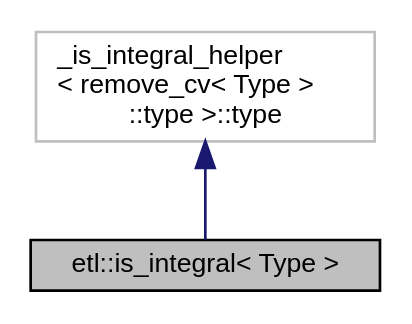
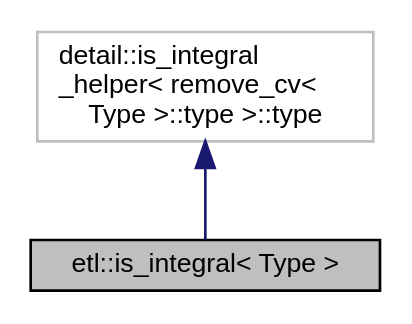
One commit to tobanteAudio/taetl changed the diagram in structetl_1_1is__integral__coll__graph.dot. Above: the diagram before and after it, drawn with Graphviz. The commit also changed 284 other files, not shown here.

```diff
--- a/structetl_1_1is__integral__coll__graph.dot
+++ b/structetl_1_1is__integral__coll__graph.dot
@@ -1,8 +1,8 @@
 digraph "etl::is_integral&lt; Type &gt;"
 {
   edge [fontname="Helvetica",fontsize="10",labelfontname="Helvetica",labelfontsize="10"];
   node [fontname="Helvetica",fontsize="10",shape=record];
   Node2 [label="etl::is_integral\< Type \>",height=0.2,width=0.4,color="black", fillcolor="grey75", style="filled", fontcolor="black"];
   Node3 -> Node2 [dir="back",color="midnightblue",fontsize="10",style="solid",fontname="Helvetica"];
-  Node3 [label="_is_integral_helper\l\< remove_cv\< Type \>\l::type \>::type",height=0.2,width=0.4,color="grey75", fillcolor="white", style="filled"];
+  Node3 [label="detail::is_integral\l_helper\< remove_cv\<\l Type \>::type \>::type",height=0.2,width=0.4,color="grey75", fillcolor="white", style="filled"];
 }
```
